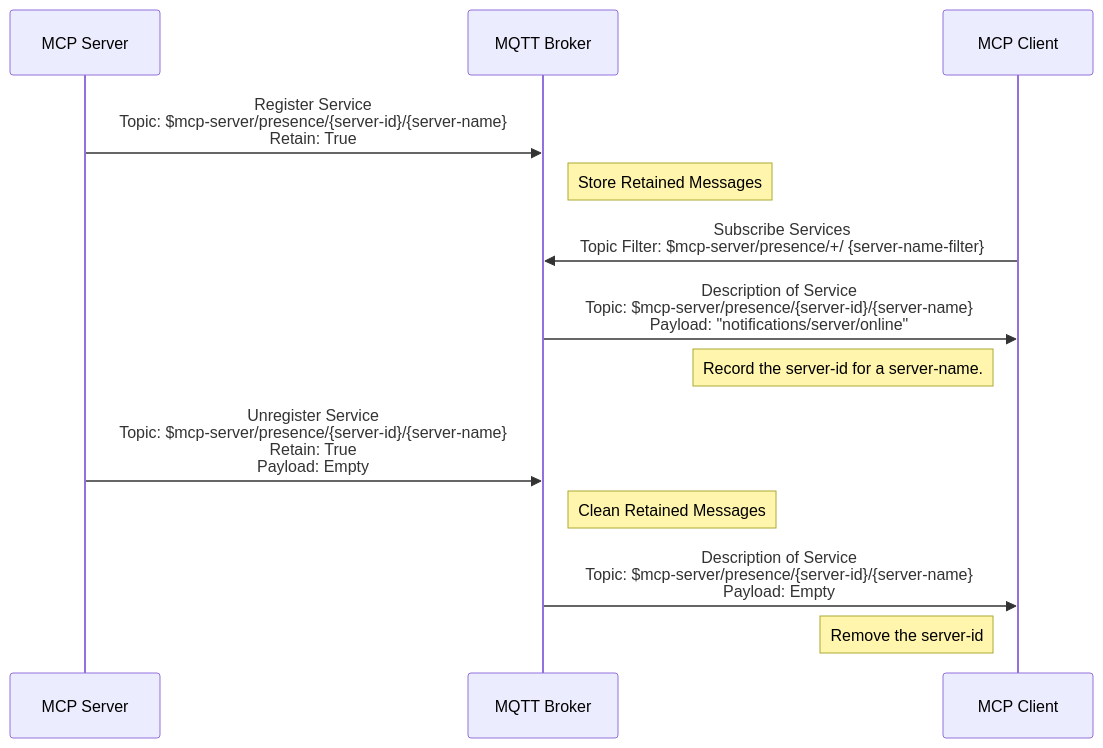
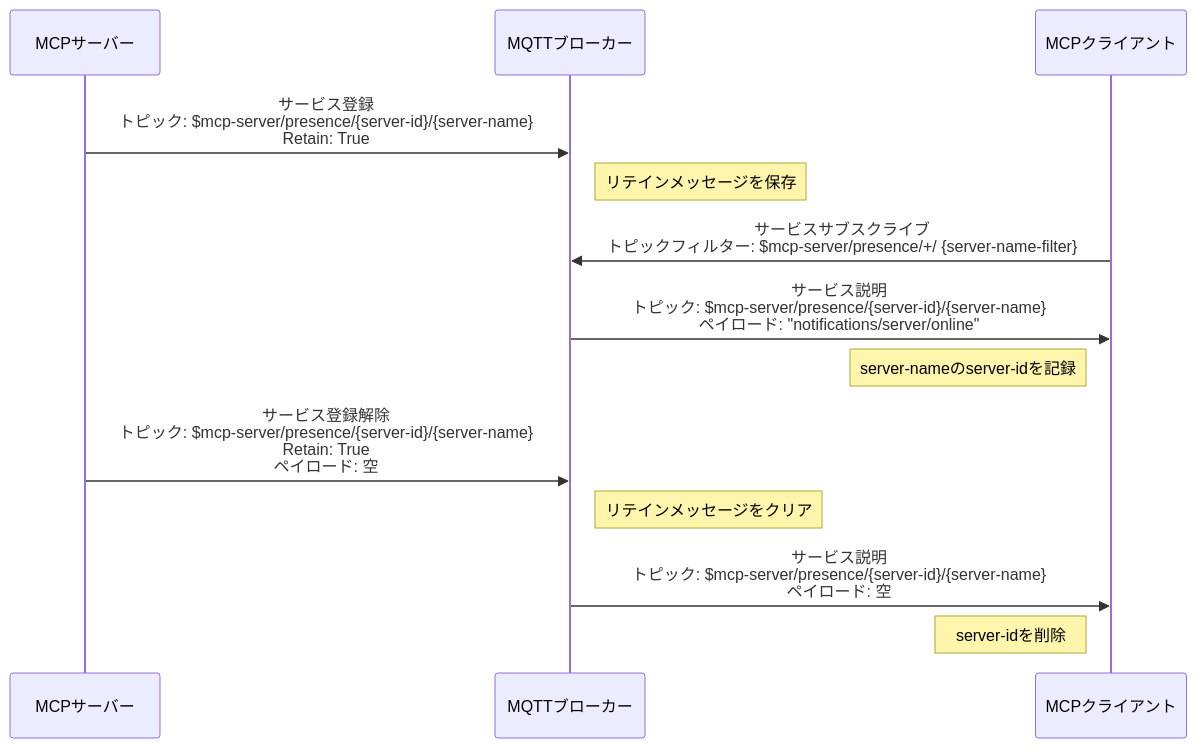
One commit to emqx/emqx-docs changed the first of 4 diagrams in ja_JP/emqx-ai/mcp-over-mqtt/specification.md. Above: the diagram before and after it, drawn with Mermaid. The commit also changed other lines of this file and 279 other files, not shown here.

````diff
--- a/ja_JP/emqx-ai/mcp-over-mqtt/specification.md
+++ b/ja_JP/emqx-ai/mcp-over-mqtt/specification.md
@@ -210,20 +208,20 @@
 ```mermaid
 sequenceDiagram
-    participant MCP_Server as MCP Server
-    participant MQTT_Broker as MQTT Broker
-    participant MCP_Client as MCP Client
+    participant MCP_Server as MCPサーバー
+    participant MQTT_Broker as MQTTブローカー
+    participant MCP_Client as MCPクライアント
 
-    MCP_Server ->> MQTT_Broker: Register Service<br/>Topic: $mcp-server/presence/{server-id}/{server-name}<br/>Retain: True
-    Note right of MQTT_Broker: Store Retained Messages
+    MCP_Server ->> MQTT_Broker: サービス登録<br/>トピック: $mcp-server/presence/{server-id}/{server-name}<br/>Retain: True
+    Note right of MQTT_Broker: リテインメッセージを保存
 
-    MCP_Client ->> MQTT_Broker: Subscribe Services<br/>Topic Filter: $mcp-server/presence/+/ {server-name-filter}
+    MCP_Client ->> MQTT_Broker: サービスサブスクライブ<br/>トピックフィルター: $mcp-server/presence/+/ {server-name-filter}
 
-    MQTT_Broker ->> MCP_Client: Description of Service<br/>Topic: $mcp-server/presence/{server-id}/{server-name}<br/>Payload: "notifications/server/online"
-    Note left of MCP_Client: Record the server-id for a server-name.
+    MQTT_Broker ->> MCP_Client: サービス説明<br/>トピック: $mcp-server/presence/{server-id}/{server-name}<br/>ペイロード: "notifications/server/online"
+    Note left of MCP_Client: server-nameのserver-idを記録
 
-    MCP_Server ->> MQTT_Broker: Unregister Service<br/>Topic: $mcp-server/presence/{server-id}/{server-name}<br/>Retain: True<br/>Payload: Empty
-    Note right of MQTT_Broker: Clean Retained Messages
+    MCP_Server ->> MQTT_Broker: サービス登録解除<br/>トピック: $mcp-server/presence/{server-id}/{server-name}<br/>Retain: True<br/>ペイロード: 空
+    Note right of MQTT_Broker: リテインメッセージをクリア
 
-    MQTT_Broker ->> MCP_Client: Description of Service<br/>Topic: $mcp-server/presence/{server-id}/{server-name}<br/>Payload: Empty
-    Note left of MCP_Client: Remove the server-id
+    MQTT_Broker ->> MCP_Client: サービス説明<br/>トピック: $mcp-server/presence/{server-id}/{server-name}<br/>ペイロード: 空
+    Note left of MCP_Client: server-idを削除
 ```
````
